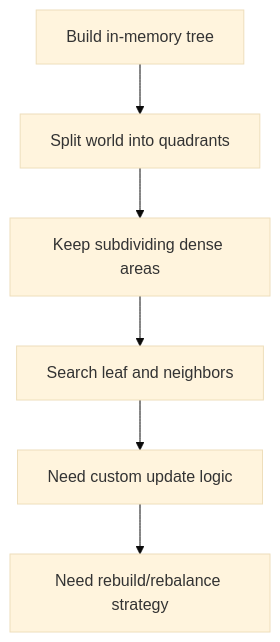
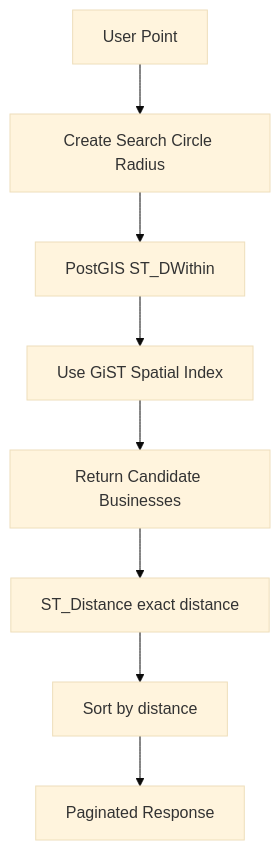
Before and after one commit to mthaiseer/springcloud-systemdesign-notes: the seventh of 18 diagrams in HLD_NOTES/004_INTERVIEW_PROBLEMS/013_proximity_service_visual_notes.md, drawn with Mermaid (base theme). The commit also changed other lines of this file and 1 other file, not shown here.

````diff
--- a/HLD_NOTES/004_INTERVIEW_PROBLEMS/013_proximity_service_visual_notes.md
+++ b/HLD_NOTES/004_INTERVIEW_PROBLEMS/013_proximity_service_visual_notes.md
@@ -312,8 +313,10 @@
 ```mermaid
 flowchart TB
-    A[Build in-memory tree] --> B[Split world into quadrants]
-    B --> C[Keep subdividing dense areas]
-    C --> D[Search leaf and neighbors]
-    D --> E[Need custom update logic]
-    E --> F[Need rebuild/rebalance strategy]
+    A[User Point] --> B[Create Search Circle Radius]
+    B --> C[PostGIS ST_DWithin]
+    C --> D[Use GiST Spatial Index]
+    D --> E[Return Candidate Businesses]
+    E --> F[ST_Distance exact distance]
+    F --> G[Sort by distance]
+    G --> H[Paginated Response]
 ```
````
